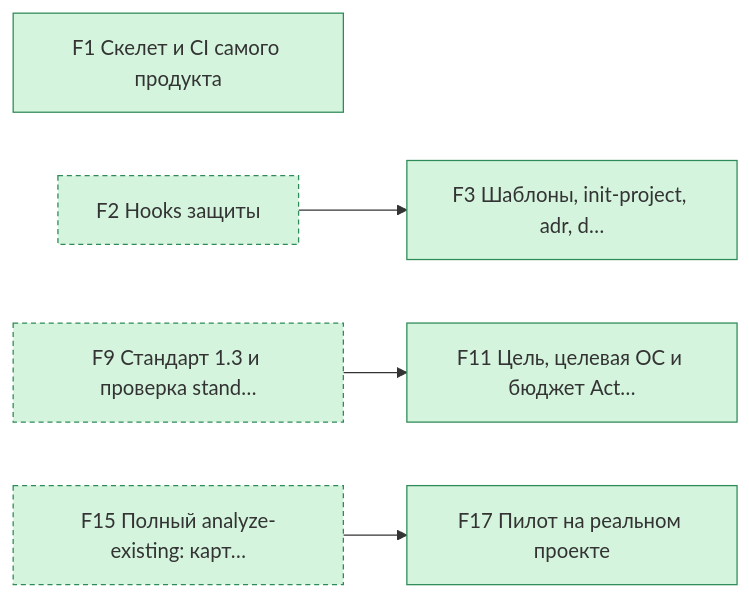
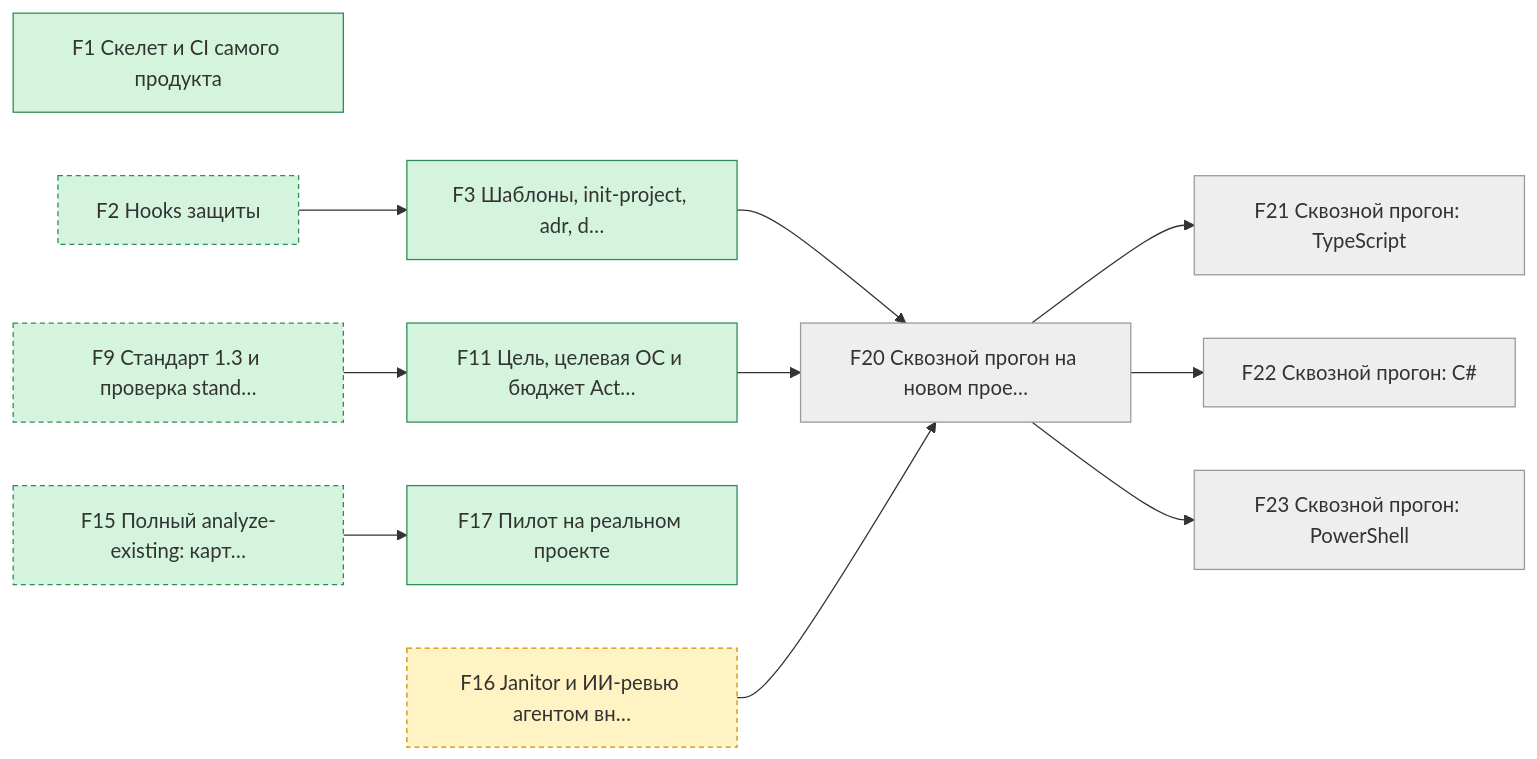
Before and after one commit to pete-doc/project-architect: the first of 6 diagrams in state/STATUS.md, drawn with Mermaid. The commit also changed other lines of this file and 2 other files, not shown here.

Commit message:
state: табло на коммите 97e87fa

````diff
--- a/state/STATUS.md
+++ b/state/STATUS.md
@@ -38,20 +43,33 @@
 ```mermaid
 graph LR
   F1["F1 Скелет и CI самого продукта"]
   F3["F3 Шаблоны, init-project, adr, d…"]
   F11["F11 Цель, целевая ОС и бюджет Act…"]
   F17["F17 Пилот на реальном проекте"]
+  F20["F20 Сквозной прогон на новом прое…"]
+  F21["F21 Сквозной прогон: TypeScript"]
+  F22["F22 Сквозной прогон: C#"]
+  F23["F23 Сквозной прогон: PowerShell"]
   F2["F2 Hooks защиты"]
   F9["F9 Стандарт 1.3 и проверка stand…"]
   F15["F15 Полный analyze-existing: карт…"]
+  F16["F16 Janitor и ИИ-ревью агентом вн…"]
   F2 --> F3
   F9 --> F11
   F15 --> F17
+  F3 --> F20
+  F11 --> F20
+  F16 --> F20
+  F20 --> F21
+  F20 --> F22
+  F20 --> F23
   classDef done fill:#d4f4dd,stroke:#2e8b57
   classDef work fill:#fff3c4,stroke:#c79100
   classDef blocked fill:#ffd6d6,stroke:#c0392b
   classDef later fill:#eeeeee,stroke:#999999
   classDef outside stroke-dasharray: 4 3
   class F1,F3,F11,F17,F2,F9,F15 done
-  class F2,F9,F15 outside
+  class F16 work
+  class F20,F21,F22,F23 later
+  class F2,F9,F15,F16 outside
 ```
````
